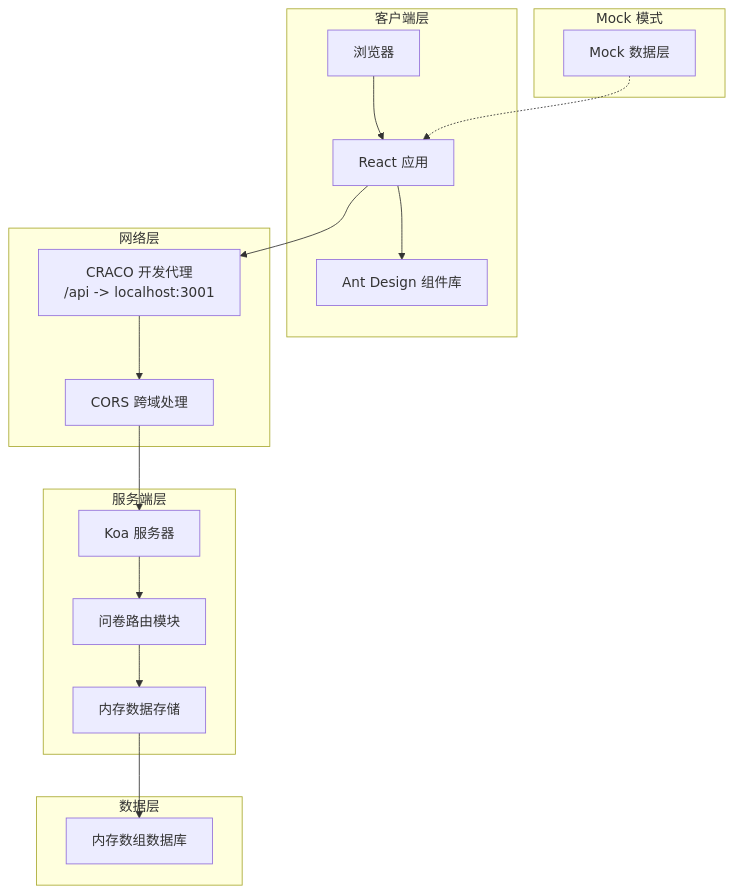
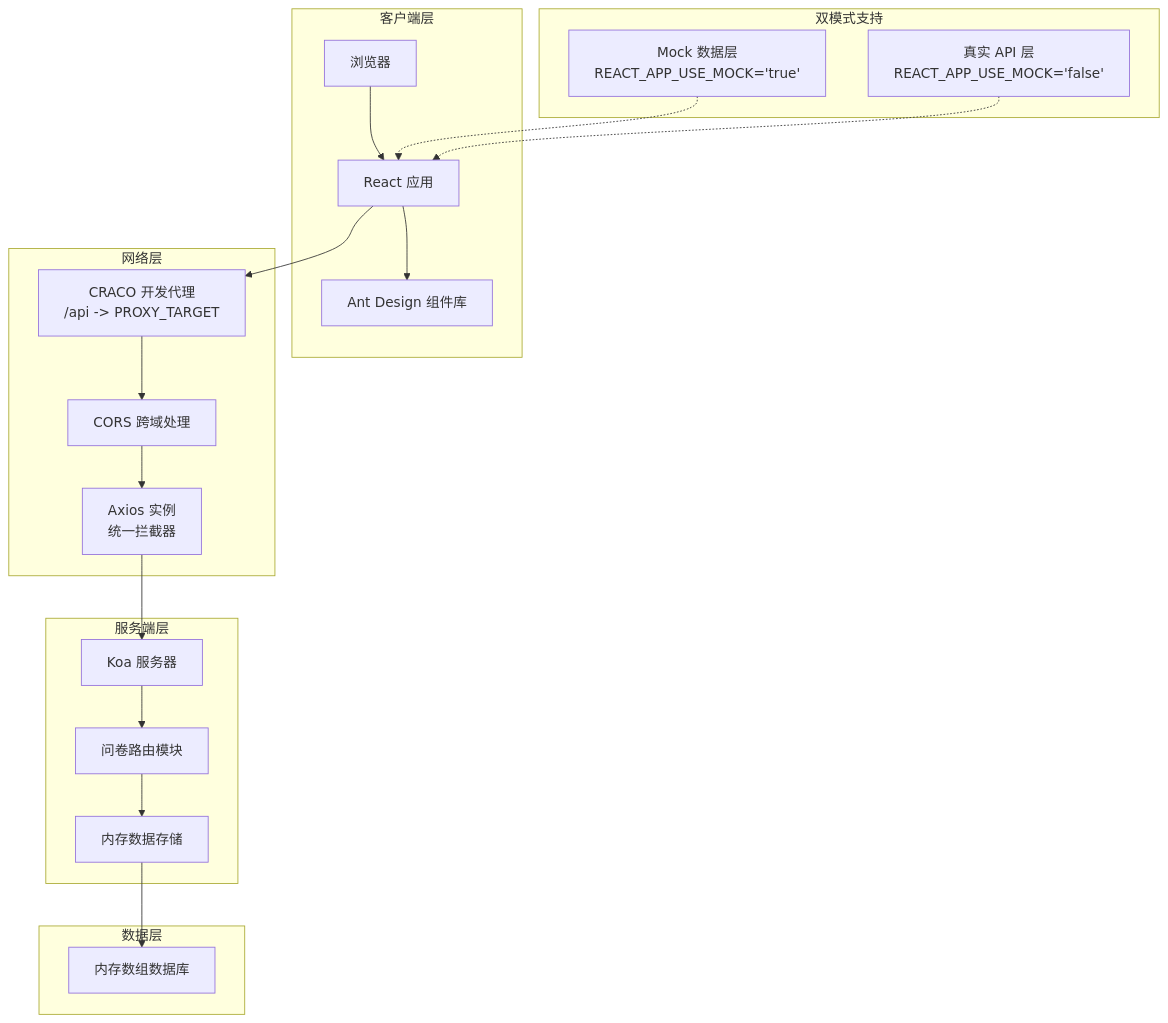
One commit to kkxxll/reactNext changed the second of 12 diagrams in .qoder/repowiki/zh/content/核心组件/问卷管理系统.md. Above: the diagram before and after it, drawn with Mermaid. The commit also changed other lines of this file and 12 other files, not shown here.

````diff
--- a/.qoder/repowiki/zh/content/核心组件/问卷管理系统.md
+++ b/.qoder/repowiki/zh/content/核心组件/问卷管理系统.md
@@ -114,32 +127,36 @@
 ```mermaid
 graph TB
 subgraph "客户端层"
 Browser["浏览器"]
 ReactApp["React 应用"]
 AntD["Ant Design 组件库"]
 end
 subgraph "网络层"
-Proxy["CRACO 开发代理<br/>/api -> localhost:3001"]
+Proxy["CRACO 开发代理<br/>/api -> PROXY_TARGET"]
 CORS["CORS 跨域处理"]
+Axios["Axios 实例<br/>统一拦截器"]
 end
 subgraph "服务端层"
 KoaServer["Koa 服务器"]
 QuestionnaireRoute["问卷路由模块"]
 Store["内存数据存储"]
 end
 subgraph "数据层"
 MemoryDB["内存数组数据库"]
 end
 Browser --> ReactApp
 ReactApp --> AntD
 ReactApp --> Proxy
 Proxy --> CORS
-CORS --> KoaServer
+CORS --> Axios
+Axios --> KoaServer
 KoaServer --> QuestionnaireRoute
 QuestionnaireRoute --> Store
 Store --> MemoryDB
-subgraph "Mock 模式"
-MockLayer["Mock 数据层"]
+subgraph "双模式支持"
+MockLayer["Mock 数据层<br/>REACT_APP_USE_MOCK='true'"]
+RealLayer["真实 API 层<br/>REACT_APP_USE_MOCK='false'"]
 MockLayer -.-> ReactApp
+RealLayer -.-> ReactApp
 end
 ```
````
